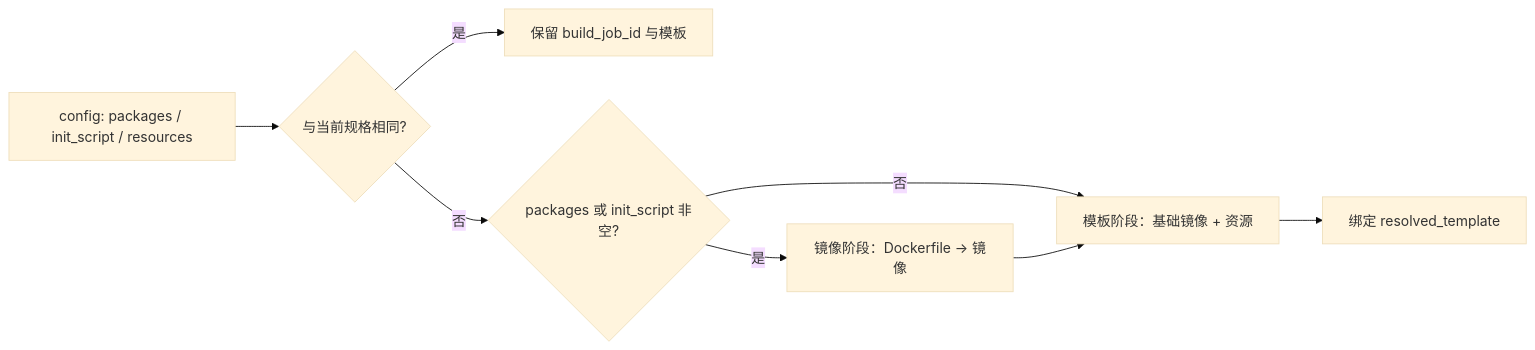
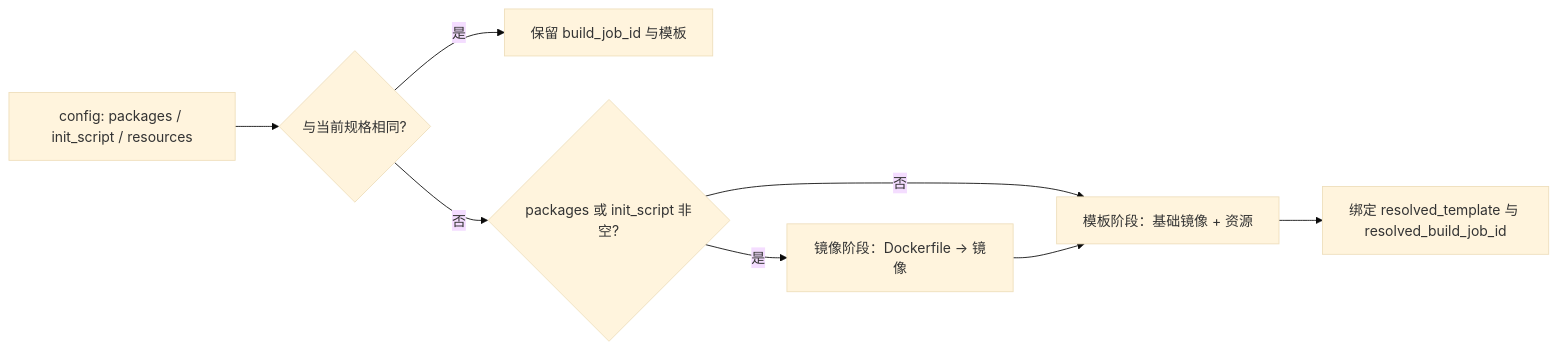
Before and after one commit to superduck-ai/open-managed-agents: the third of 4 diagrams in docs/design/be/environment-package-provisioning.md, drawn with Mermaid (base theme). The commit also changed other lines of this file and 22 other files, not shown here.

````diff
--- a/docs/design/be/environment-package-provisioning.md
+++ b/docs/design/be/environment-package-provisioning.md
@@ -156,10 +163,10 @@
 ```mermaid
 flowchart LR
     Spec["config: packages / init_script / resources"] --> Same{"与当前规格相同?"}
     Same -->|是| Keep["保留 build_job_id 与模板"]
     Same -->|否| NeedImage{"packages 或 init_script 非空?"}
     NeedImage -->|是| Image["镜像阶段：Dockerfile → 镜像"]
     NeedImage -->|否| Template["模板阶段：基础镜像 + 资源"]
     Image --> Template
-    Template --> Bind["绑定 resolved_template"]
+    Template --> Bind["绑定 resolved_template 与 resolved_build_job_id"]
 ```
````
